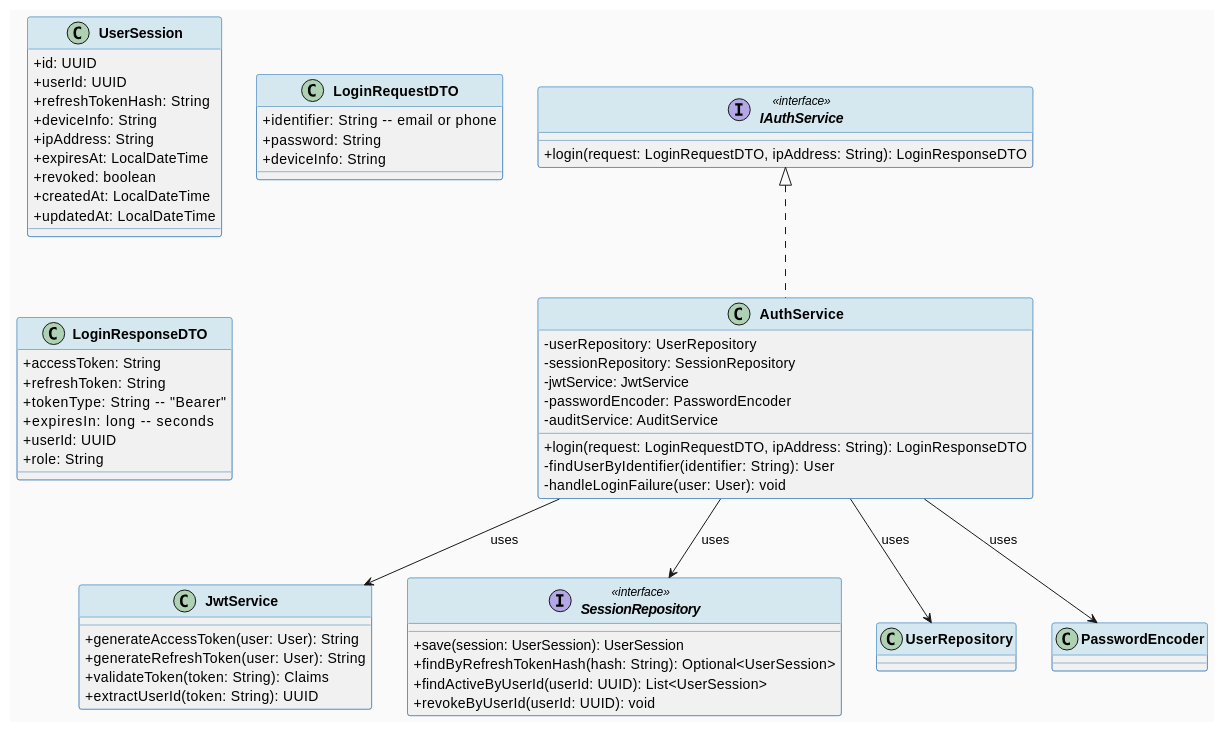
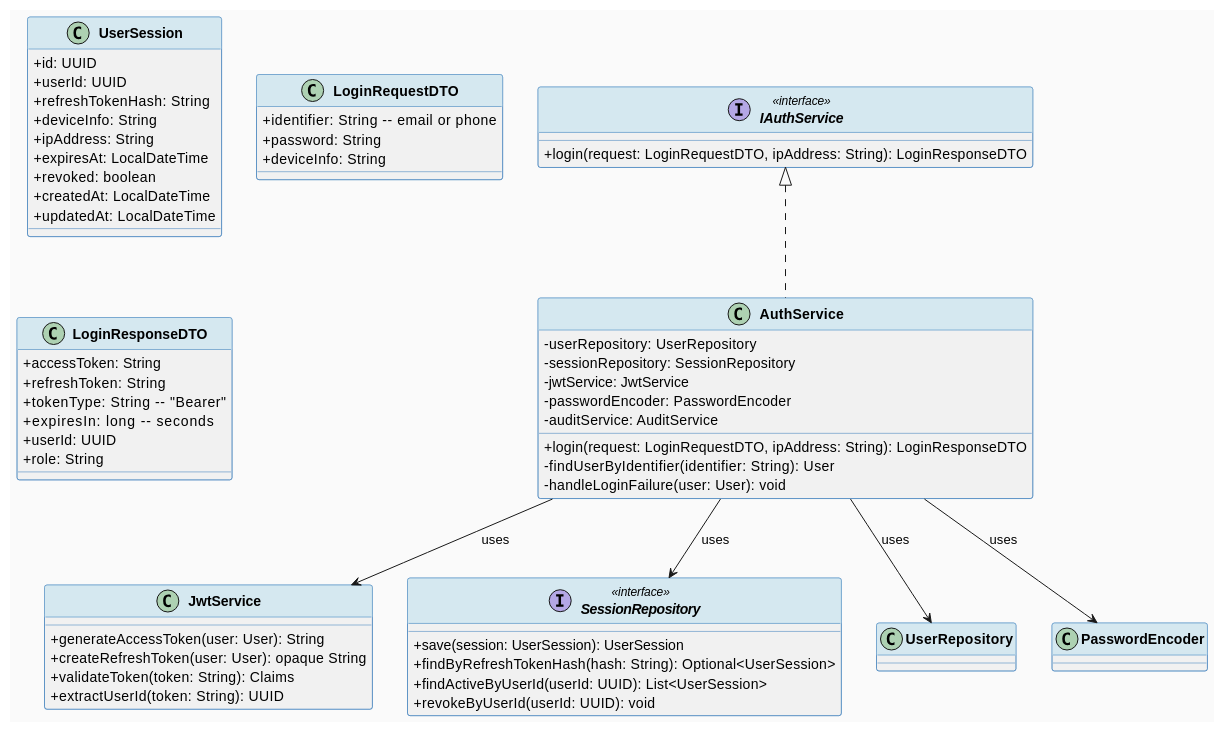
One commit to ChuongBDHE172784/CareBridge_SEP490_G79 changed the first of 4 diagrams in 04_Implement/UC03_Login/UC03_Login_TDS.md. Above: the diagram before and after it, drawn with PlantUML. The commit also changed other lines of this file and 12 other files, not shown here.

````diff
--- a/04_Implement/UC03_Login/UC03_Login_TDS.md
+++ b/04_Implement/UC03_Login/UC03_Login_TDS.md
@@ -195,71 +195,71 @@
 ```plantuml
 @startuml UC03_Login_ClassDiagram
 skinparam classAttributeIconSize 0
 skinparam classFontStyle bold
 skinparam backgroundColor #FAFAFA
 skinparam ClassBorderColor #2E75B6
 skinparam ClassHeaderBackgroundColor #D5E8F0
 
 class UserSession {
   + id: UUID
   + userId: UUID
   + refreshTokenHash: String
   + deviceInfo: String
   + ipAddress: String
   + expiresAt: LocalDateTime
   + revoked: boolean
   + createdAt: LocalDateTime
   + updatedAt: LocalDateTime
 }
 
 class LoginRequestDTO {
   + identifier: String  -- email or phone
   + password: String
   + deviceInfo: String
 }
 
 class LoginResponseDTO {
   + accessToken: String
   + refreshToken: String
   + tokenType: String   -- "Bearer"
   + expiresIn: long     -- seconds
   + userId: UUID
   + role: String
 }
 
 interface IAuthService <<interface>> {
   + login(request: LoginRequestDTO, ipAddress: String): LoginResponseDTO
 }
 
 class AuthService implements IAuthService {
   - userRepository: UserRepository
   - sessionRepository: SessionRepository
   - jwtService: JwtService
   - passwordEncoder: PasswordEncoder
   - auditService: AuditService
   + login(request: LoginRequestDTO, ipAddress: String): LoginResponseDTO
   - findUserByIdentifier(identifier: String): User
   - handleLoginFailure(user: User): void
 }
 
 class JwtService {
   + generateAccessToken(user: User): String
-  + generateRefreshToken(user: User): String
+  + createRefreshToken(user: User): opaque String
   + validateToken(token: String): Claims
   + extractUserId(token: String): UUID
 }
 
 interface SessionRepository <<interface>> {
   + save(session: UserSession): UserSession
   + findByRefreshTokenHash(hash: String): Optional<UserSession>
   + findActiveByUserId(userId: UUID): List<UserSession>
   + revokeByUserId(userId: UUID): void
 }
 
 AuthService --> UserRepository : uses
 AuthService --> SessionRepository : uses
 AuthService --> JwtService : uses
 AuthService --> PasswordEncoder : uses
 
 @enduml
 ```
````
